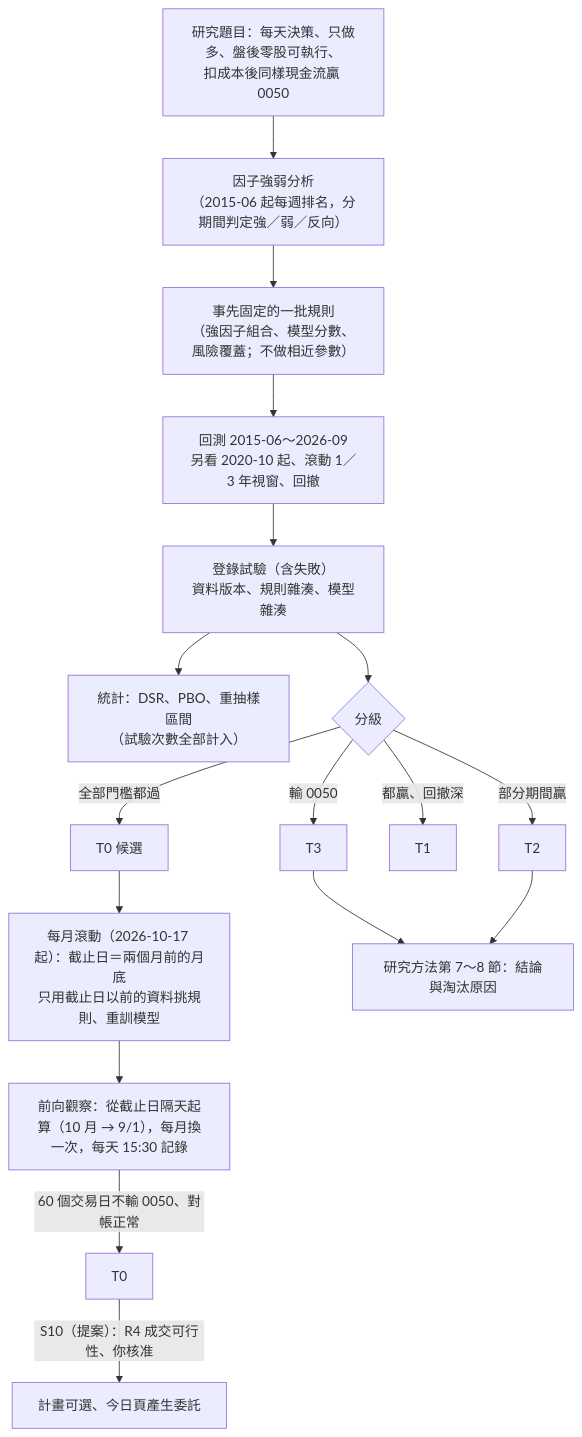
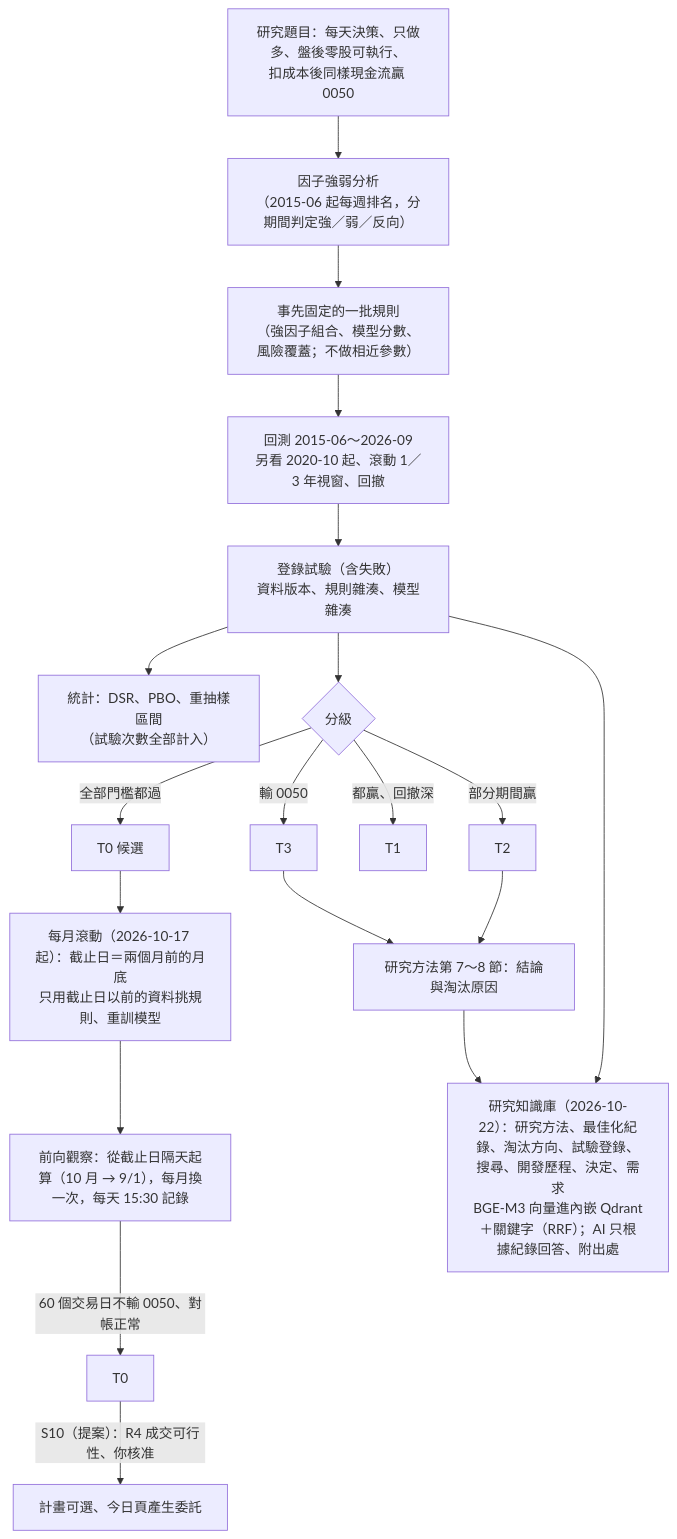
Before and after one commit to ryan73093/StockResearch: the fourth of 7 diagrams in docs/system_architecture.md, drawn with Mermaid. The commit also changed other lines of this file and 6 other files, not shown here.

Commit message:
LLM trader account shows the reasons the model wrote; knowledge base on the status table; worker finds the BGE-M3 folder from a relative root; architecture doc

````diff
--- a/docs/system_architecture.md
+++ b/docs/system_architecture.md
@@ -140,19 +140,21 @@
 ```mermaid
 flowchart TD
     Q["研究題目：每天決策、只做多、盤後零股可執行、<br/>扣成本後同樣現金流贏 0050"] --> F["因子強弱分析<br/>（2015-06 起每週排名，分期間判定強／弱／反向）"]
     F --> B["事先固定的一批規則<br/>（強因子組合、模型分數、風險覆蓋；不做相近參數）"]
     B --> BT["回測 2015-06～2026-09<br/>另看 2020-10 起、滾動 1／3 年視窗、回撤"]
     BT --> REC["登錄試驗（含失敗）<br/>資料版本、規則雜湊、模型雜湊"]
     REC --> ST["統計：DSR、PBO、重抽樣區間<br/>（試驗次數全部計入）"]
     REC --> G{"分級"}
     G -->|"輸 0050"| T3["T3"]
     G -->|"部分期間贏"| T2["T2"]
     G -->|"都贏、回撤深"| T1["T1"]
     G -->|"全部門檻都過"| T0C["T0 候選"]
     T0C --> ROLL["每月滾動（2026-10-17 起）：截止日＝兩個月前的月底<br/>只用截止日以前的資料挑規則、重訓模型"]
     ROLL --> FWD["前向觀察：從截止日隔天起算（10 月 → 9/1），每月換一次，每天 15:30 記錄"]
     FWD -->|"60 個交易日不輸 0050、對帳正常"| T0["T0"]
     T0 -->|"S10（提案）：R4 成交可行性、你核准"| PLAN["計畫可選、今日頁產生委託"]
     T3 --> LOG["研究方法第 7～8 節：結論與淘汰原因"]
     T2 --> LOG
+    LOG --> KB["研究知識庫（2026-10-22）：研究方法、最佳化紀錄、淘汰方向、試驗登錄、搜尋、開發歷程、決定、需求<br/>BGE-M3 向量進內嵌 Qdrant＋關鍵字（RRF）；AI 只根據紀錄回答、附出處"]
+    REC --> KB
 ```
````
